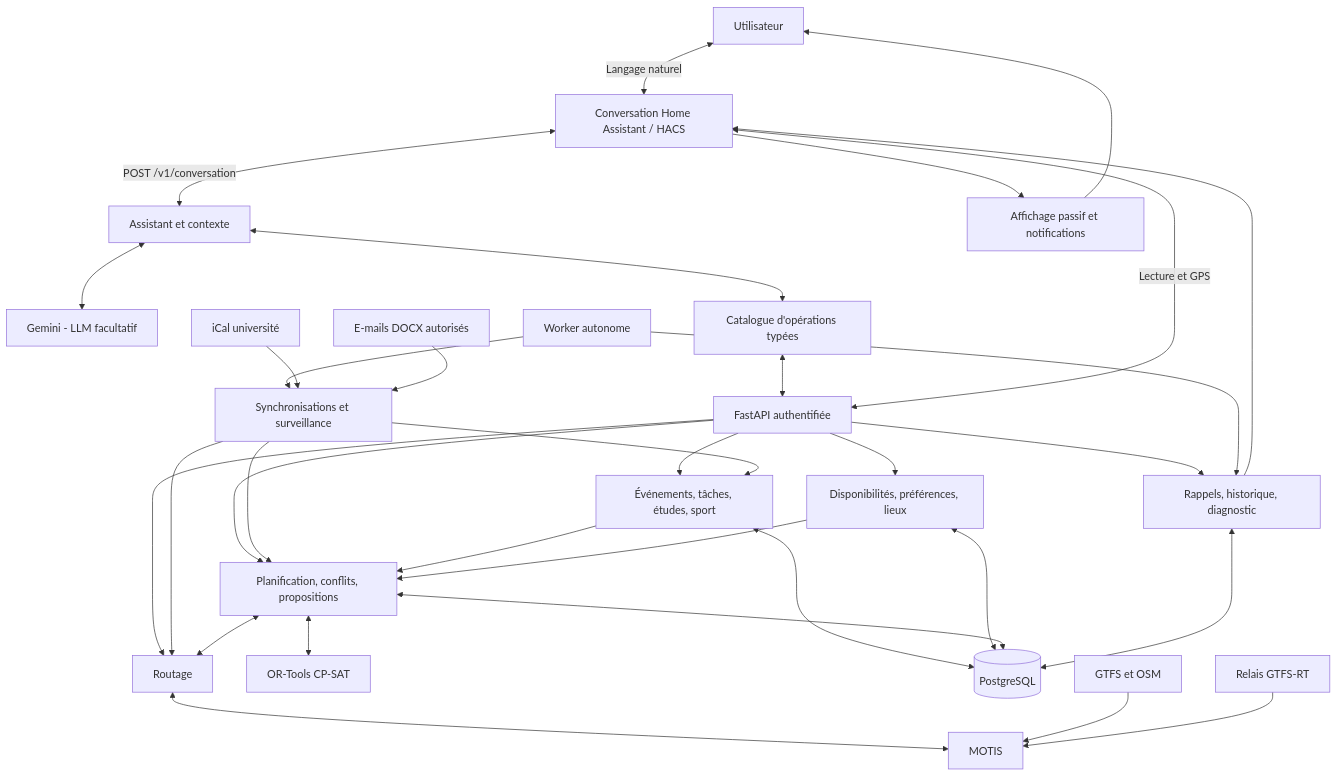
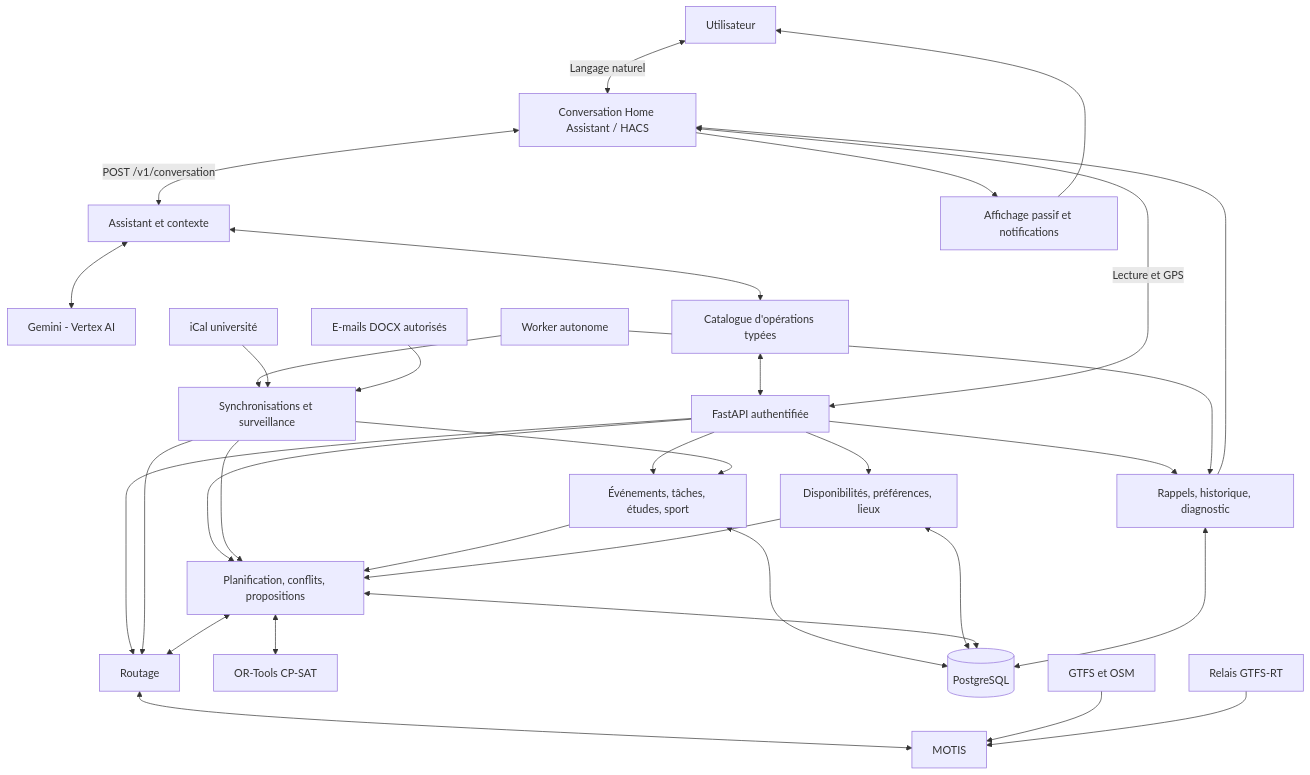
The second of 13 diagrams in ARCHITECTURE.md (mtx26/Tempo), drawn with Mermaid before and after one commit. The commit also changed other lines of this file and 70 other files, not shown here.

````diff
--- a/ARCHITECTURE.md
+++ b/ARCHITECTURE.md
@@ -117,35 +118,35 @@
 ```mermaid
 flowchart TD
  U[Utilisateur] <-->|Langage naturel| H[Conversation Home Assistant / HACS]
  H <-->|POST /v1/conversation| A[Assistant et contexte]
- A <--> L[Gemini - LLM facultatif]
+ A <--> L[Gemini - Vertex AI]
  A <--> T[Catalogue d'opérations typées]
  T <--> API[FastAPI authentifiée]
  H <-->|Lecture et GPS| API
  API --> E[Événements, tâches, études, sport]
  API --> C[Disponibilités, préférences, lieux]
  API --> P[Planification, conflits, propositions]
  API --> R[Routage]
  API --> N[Rappels, historique, diagnostic]
  W[Worker autonome] --> S[Synchronisations et surveillance]
  S --> E
  S --> P
  S --> R
  W --> N
  E --> P
  C --> P
  P <--> R
  P <--> O[OR-Tools CP-SAT]
  R <--> M[MOTIS]
  E <--> DB[(PostgreSQL)]
  C <--> DB
  P <--> DB
  N <--> DB
  IC[iCal université] --> S
  MAIL[E-mails DOCX autorisés] --> S
  G[GTFS et OSM] --> M
  RT[Relais GTFS-RT] --> M
  N --> H
  H --> V[Affichage passif et notifications]
  V --> U
 ```
````
